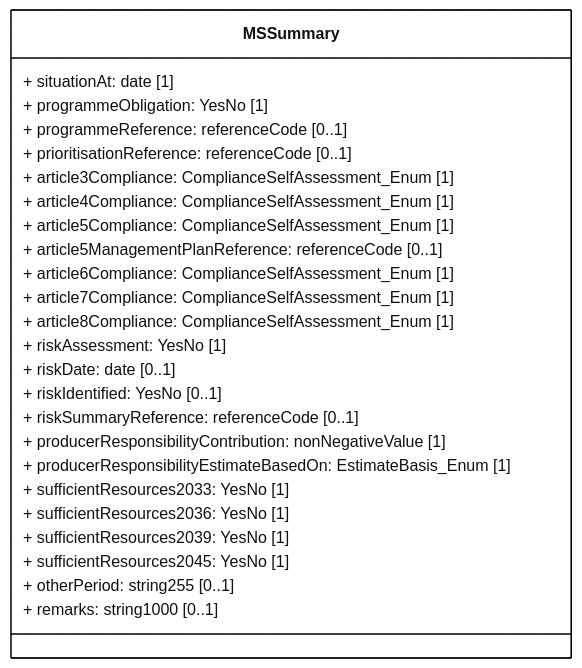
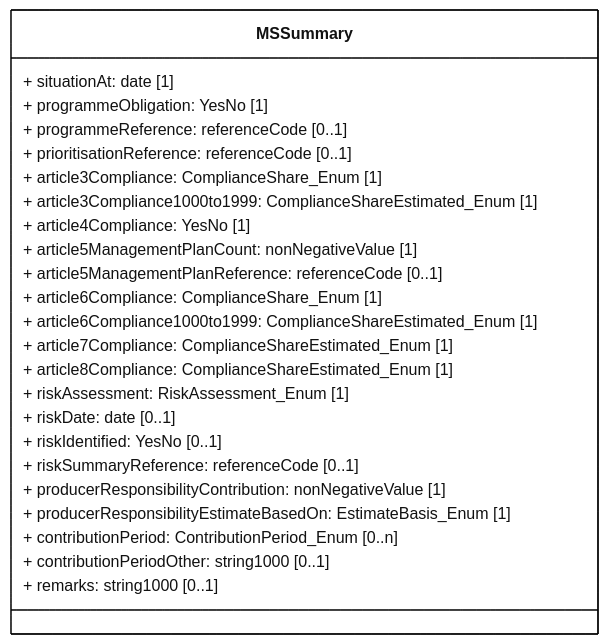
One commit to eeadata/WISE.UWWTD.Documentation changed the diagram in docs/rUWWTD2024/Article23/mmd/Article23_MSSummary_ClassDiagram.mmd. Above: the diagram before and after it, drawn with Mermaid. The commit also changed 10 other files, not shown here.

```diff
--- a/docs/rUWWTD2024/Article23/mmd/Article23_MSSummary_ClassDiagram.mmd
+++ b/docs/rUWWTD2024/Article23/mmd/Article23_MSSummary_ClassDiagram.mmd
@@ -1,41 +1,40 @@
 ---
 config:
   class:
     hideEmptyMembersBox: true
   layout: dagre
   theme: neutral
 ---
 classDiagram
 direction LR
 
 class MSSummary{
     + situationAt: date [1]
     + programmeObligation: YesNo [1]
     + programmeReference: referenceCode [0..1]
     + prioritisationReference: referenceCode [0..1]
 
-    + article3Compliance: ComplianceSelfAssessment_Enum [1]
-    + article4Compliance: ComplianceSelfAssessment_Enum [1]
-    + article5Compliance: ComplianceSelfAssessment_Enum [1]
+    + article3Compliance: ComplianceShare_Enum [1]
+    + article3Compliance1000to1999: ComplianceShareEstimated_Enum [1]
+    + article4Compliance: YesNo [1]
+    + article5ManagementPlanCount: nonNegativeValue [1]
     + article5ManagementPlanReference: referenceCode [0..1]
-    + article6Compliance: ComplianceSelfAssessment_Enum [1]
-    + article7Compliance: ComplianceSelfAssessment_Enum [1]
-    + article8Compliance: ComplianceSelfAssessment_Enum [1]
+    + article6Compliance: ComplianceShare_Enum [1]
+    + article6Compliance1000to1999: ComplianceShareEstimated_Enum [1]
+    + article7Compliance: ComplianceShareEstimated_Enum [1]
+    + article8Compliance: ComplianceShareEstimated_Enum [1]
 
-    + riskAssessment: YesNo [1]
+    + riskAssessment: RiskAssessment_Enum [1]
     + riskDate: date [0..1]
     + riskIdentified: YesNo [0..1]
     + riskSummaryReference: referenceCode [0..1]
 
     + producerResponsibilityContribution: nonNegativeValue [1]
     + producerResponsibilityEstimateBasedOn: EstimateBasis_Enum [1]
-    + sufficientResources2033: YesNo [1]
-    + sufficientResources2036: YesNo [1]
-    + sufficientResources2039: YesNo [1]
-    + sufficientResources2045: YesNo [1]
-    + otherPeriod: string255 [0..1]
+    + contributionPeriod: ContributionPeriod_Enum [0..n]
+    + contributionPeriodOther: string1000 [0..1]
     + remarks: string1000 [0..1]
 }
 
 classDef default fill:white,stroke:#000;
 classDef forFixing fill:white,stroke:#f00;
```
